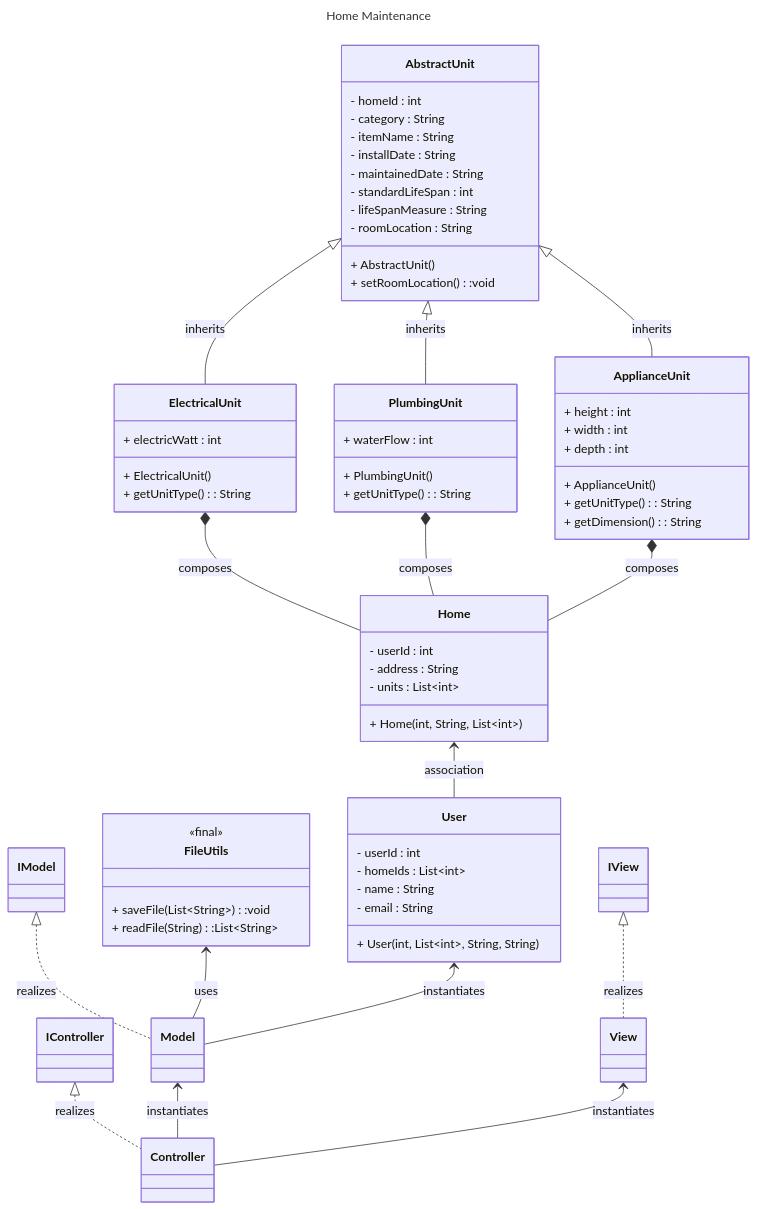
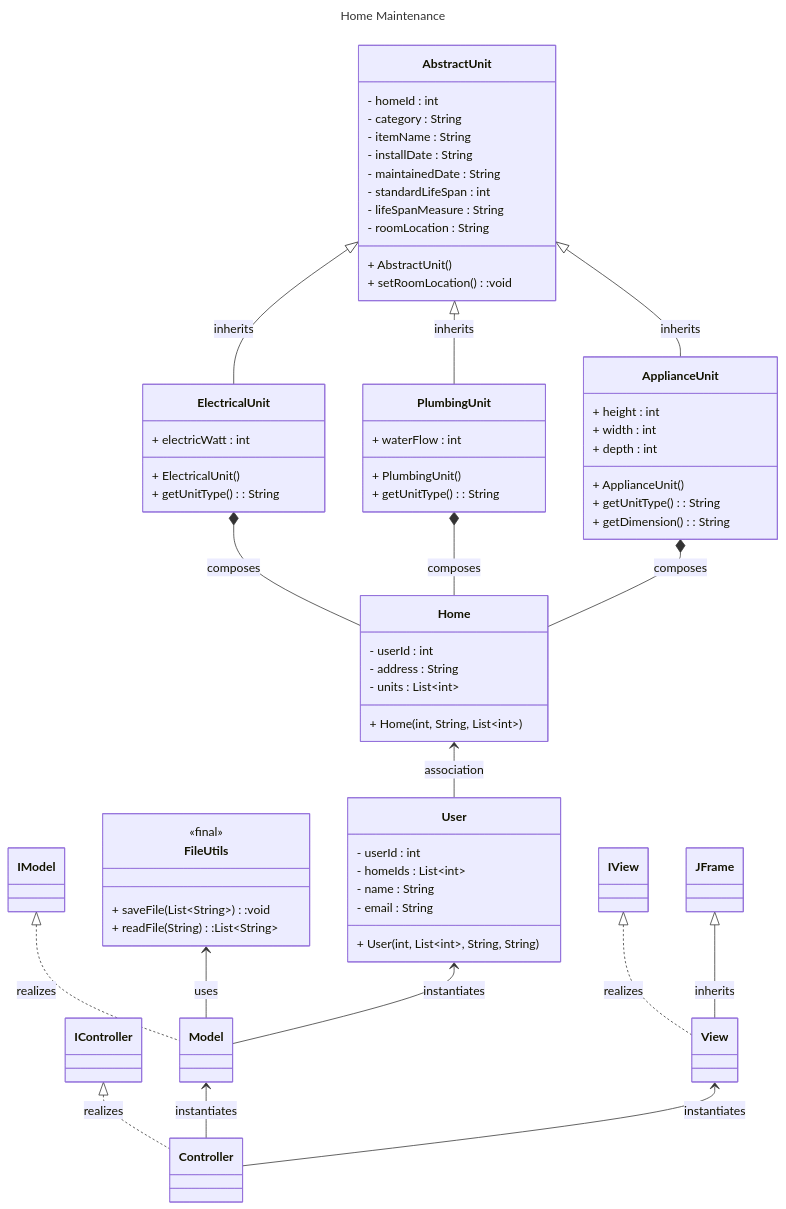
Before and after one commit to Sp25-CS5004-Online-Lionelle/final-project-group-4: the diagram in DesignDocuments/DesignDocument.md, drawn with Mermaid. The commit also changed other lines of this file and 11 other files, not shown here.

````diff
--- a/DesignDocuments/DesignDocument.md
+++ b/DesignDocuments/DesignDocument.md
@@ -5,79 +8,80 @@
 ```mermaid
 ---
 title: Home Maintenance
 ---
 
 classDiagram
     direction TD
     IController <|.. Controller : realizes
     IView <|.. View : realizes
+    JFrame <|-- View : inherits
     IModel <|.. Model : realizes
     FileUtils <-- Model : uses
     Model <-- Controller : instantiates
     View <-- Controller : instantiates
     AbstractUnit <|-- ElectricalUnit : inherits
     AbstractUnit <|-- PlumbingUnit : inherits
     AbstractUnit <|-- ApplianceUnit : inherits
     ElectricalUnit *-- Home : composes
     PlumbingUnit *-- Home : composes
     ApplianceUnit *-- Home : composes
     Home <-- User : association
     User <-- Model : instantiates
 
     class FileUtils {
         <<final>>
         + saveFile(List~String~):void
         + readFile(String):List~String~
     }
 
     class AbstractUnit {
         - homeId : int
         - category : String
         - itemName : String
         - installDate : String
         - maintainedDate : String
         - standardLifeSpan : int
         - lifeSpanMeasure : String
         - roomLocation : String
         + AbstractUnit()
         + setRoomLocation():void
     }
 
     class ElectricalUnit {
         + electricWatt : int
         + ElectricalUnit()
         + getUnitType() : String
     }
 
     class PlumbingUnit {
         + waterFlow : int
         + PlumbingUnit()
         + getUnitType() : String
 
     }
 
     class ApplianceUnit {
         + height : int
         + width : int
         + depth : int
         + ApplianceUnit()
         + getUnitType() : String
         + getDimension() : String
     }
 
     class User {
         - userId : int
         - homeIds : List~int~
         - name : String
         - email : String
         + User(int, List~int~, String, String)
     }
 
     class Home {
         - userId : int
         - address : String
         - units : List~int~
         + Home(int, String, List~int~)
 
     }
 ```
````
